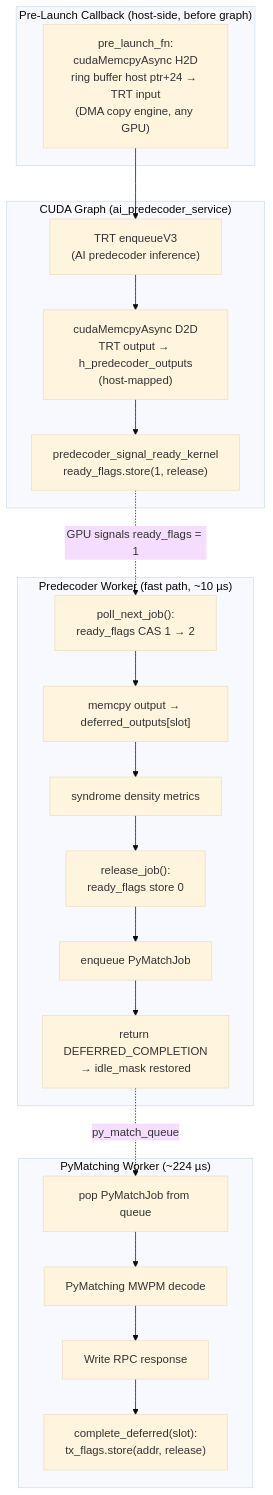
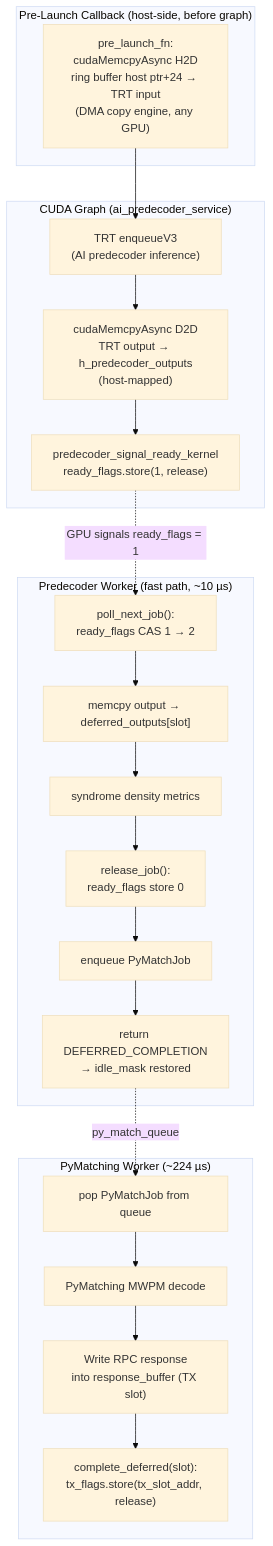
Before and after one commit to NVIDIA/cudaq-qec: the fifth of 8 diagrams in libs/qec/lib/realtime/realtime_pipeline_architecture.md, drawn with Mermaid (base theme). The commit also changed other lines of this file and 16 other files, not shown here.

````diff
--- a/libs/qec/lib/realtime/realtime_pipeline_architecture.md
+++ b/libs/qec/lib/realtime/realtime_pipeline_architecture.md
@@ -307,33 +319,33 @@
 ```mermaid
 flowchart TD
     subgraph "CUDA Graph (ai_predecoder_service)"
         A["TRT enqueueV3<br>(AI predecoder inference)"] --> B["cudaMemcpyAsync D2D<br>TRT output → h_predecoder_outputs<br>(host-mapped)"]
         B --> C["predecoder_signal_ready_kernel<br>ready_flags.store(1, release)"]
     end
 
     subgraph "Pre-Launch Callback (host-side, before graph)"
         P["pre_launch_fn:<br>cudaMemcpyAsync H2D<br>ring buffer host ptr+24 → TRT input<br>(DMA copy engine, any GPU)"]
     end
 
     subgraph "Predecoder Worker (fast path, ~10 µs)"
         D["poll_next_job():<br>ready_flags CAS 1 → 2"]
         E["memcpy output → deferred_outputs[slot]"]
         F["syndrome density metrics"]
         G["release_job():<br>ready_flags store 0"]
         H["enqueue PyMatchJob"]
         I["return DEFERRED_COMPLETION<br>→ idle_mask restored"]
         D --> E --> F --> G --> H --> I
     end
 
     subgraph "PyMatching Worker (~224 µs)"
         J["pop PyMatchJob from queue"]
         K["PyMatching MWPM decode"]
-        L["Write RPC response"]
-        M["complete_deferred(slot):<br>tx_flags.store(addr, release)"]
+        L["Write RPC response<br>into response_buffer (TX slot)"]
+        M["complete_deferred(slot):<br>tx_flags.store(tx_slot_addr, release)"]
         J --> K --> L --> M
     end
 
     P --> A
     C -.->|"GPU signals ready_flags = 1"| D
     I -.->|"py_match_queue"| J
 ```
````
